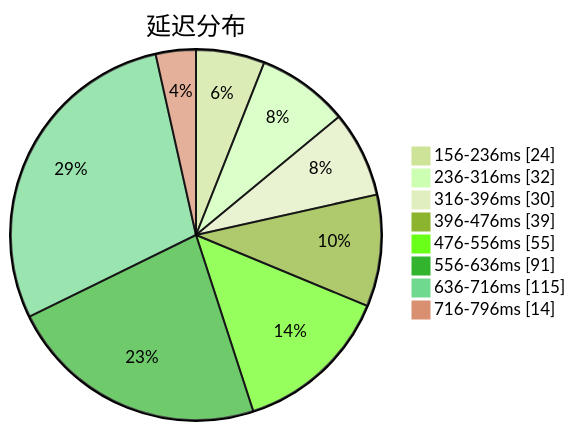
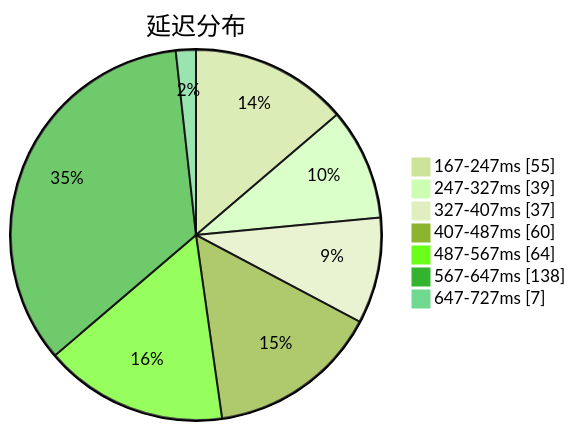
One commit to qjlxg/airport changed the first of 3 diagrams in subs/statistics/tested_within.md. Above: the diagram before and after it, drawn with Mermaid (forest theme). The commit also changed other lines of this file and 2 other files, not shown here.

````diff
--- a/subs/statistics/tested_within.md
+++ b/subs/statistics/tested_within.md
@@ -2,12 +2,11 @@
 ```mermaid
 pie showData
 title 延迟分布
-"156-236ms" : 24
-"236-316ms" : 32
-"316-396ms" : 30
-"396-476ms" : 39
-"476-556ms" : 55
-"556-636ms" : 91
-"636-716ms" : 115
-"716-796ms" : 14
+"167-247ms" : 55
+"247-327ms" : 39
+"327-407ms" : 37
+"407-487ms" : 60
+"487-567ms" : 64
+"567-647ms" : 138
+"647-727ms" : 7
 ```
````
